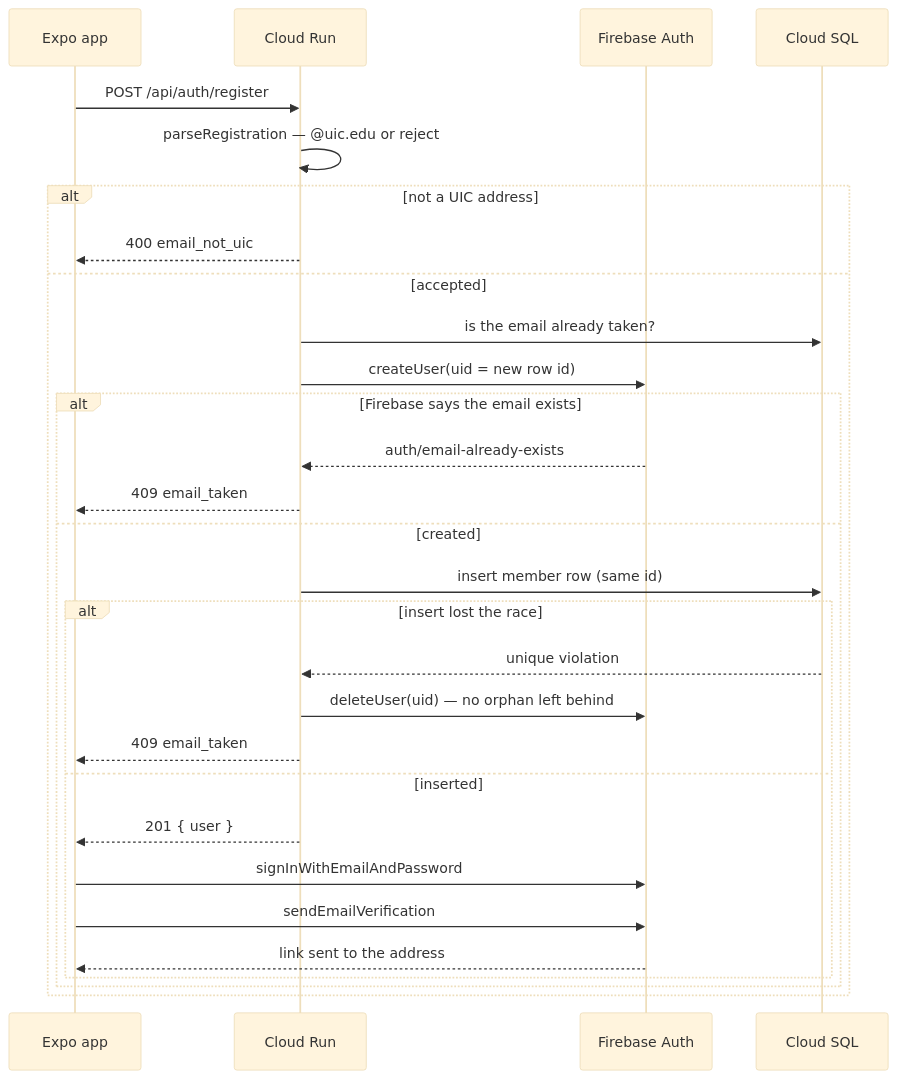
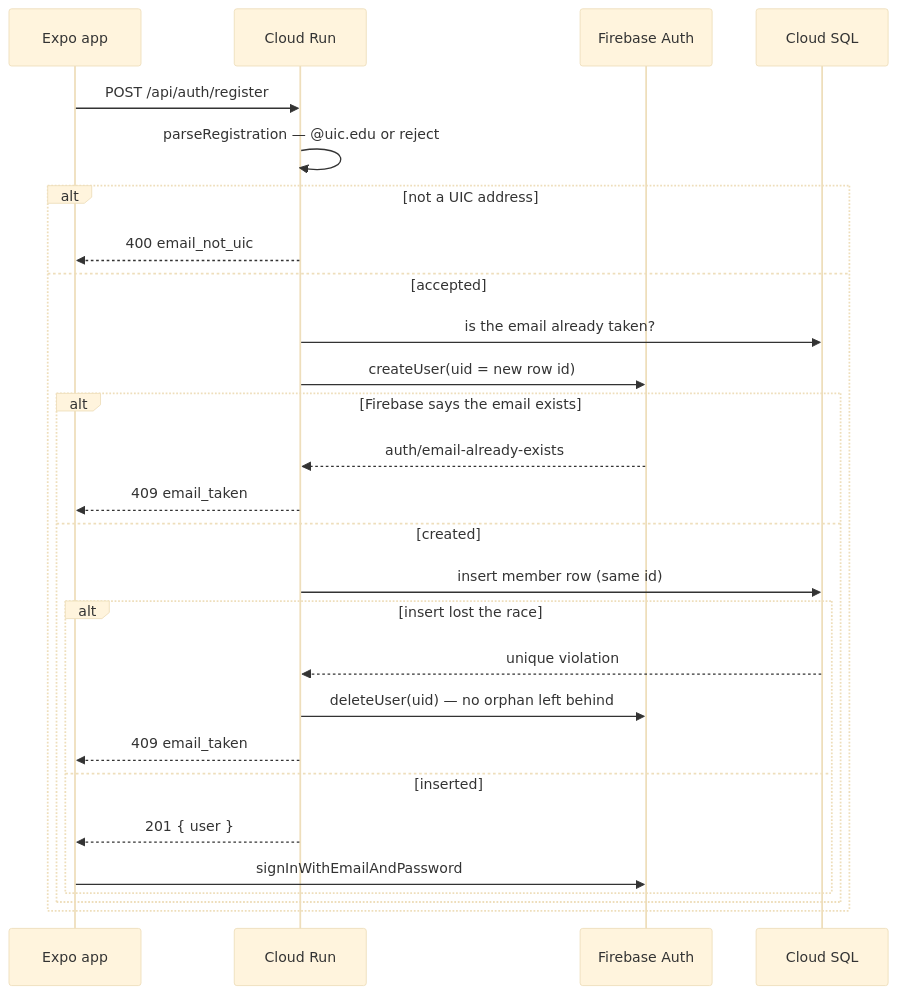
Before and after one commit to SHPE-UIC/shpe-web-app: the third of 12 diagrams in docs/ARCHITECTURE.md, drawn with Mermaid (base theme). The commit also changed other lines of this file and 22 other files, not shown here.

Commit message:
Revert "Add email verification gate and backfill flow"

````diff
--- a/docs/ARCHITECTURE.md
+++ b/docs/ARCHITECTURE.md
@@ -132,33 +117,31 @@
 ```mermaid
 sequenceDiagram
     participant App as Expo app
     participant API as Cloud Run
     participant FB as Firebase Auth
     participant DB as Cloud SQL
 
     App->>API: POST /api/auth/register
     API->>API: parseRegistration — @uic.edu or reject
 
     alt not a UIC address
         API-->>App: 400 email_not_uic
     else accepted
         API->>DB: is the email already taken?
         API->>FB: createUser(uid = new row id)
         alt Firebase says the email exists
             FB-->>API: auth/email-already-exists
             API-->>App: 409 email_taken
         else created
             API->>DB: insert member row (same id)
             alt insert lost the race
                 DB-->>API: unique violation
                 API->>FB: deleteUser(uid) — no orphan left behind
                 API-->>App: 409 email_taken
             else inserted
                 API-->>App: 201 { user }
                 App->>FB: signInWithEmailAndPassword
-                App->>FB: sendEmailVerification
-                FB-->>App: link sent to the address
             end
         end
     end
 ```
````
